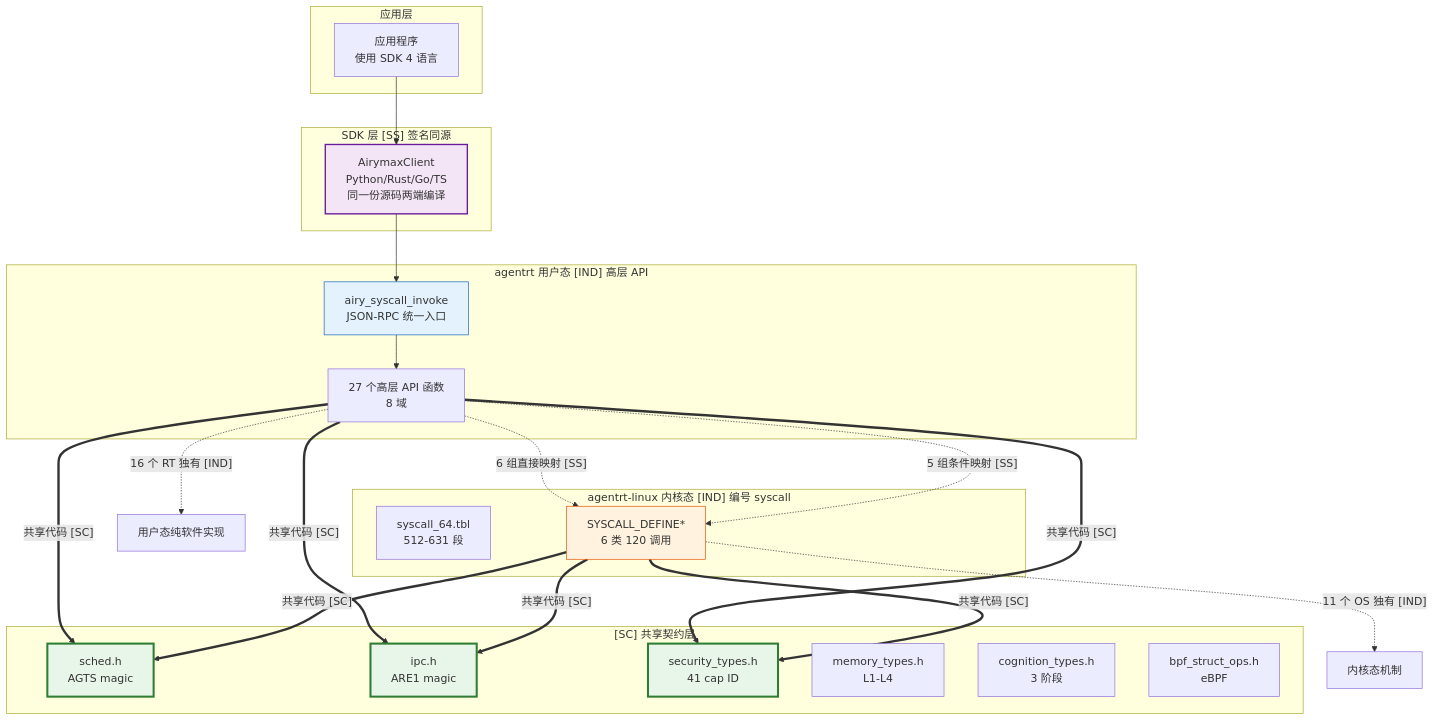
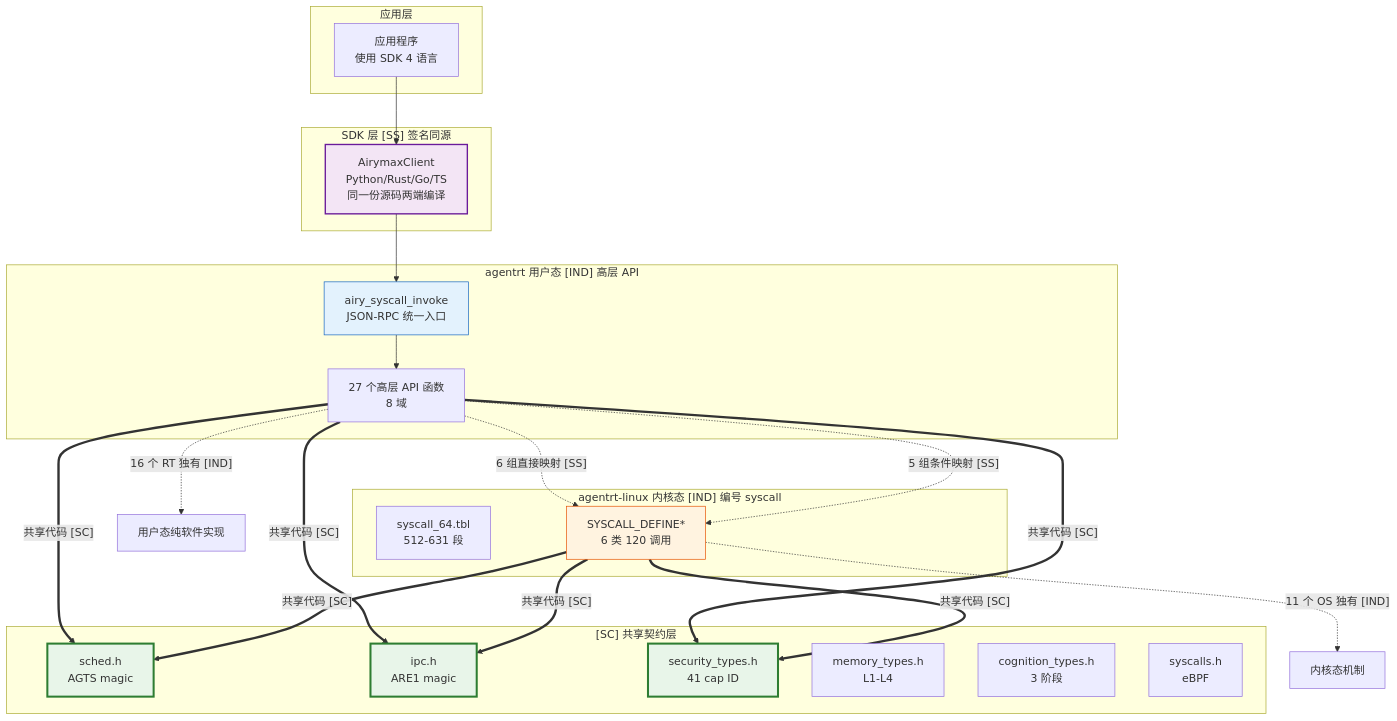
The second of 2 diagrams in AirymaxOS/30-interfaces/05-syscall-semantic-mapping.md (SpharxTeam/Docs), drawn with Mermaid before and after one commit. The commit also changed other lines of this file and 151 other files, not shown here.

````diff
--- a/AirymaxOS/30-interfaces/05-syscall-semantic-mapping.md
+++ b/AirymaxOS/30-interfaces/05-syscall-semantic-mapping.md
@@ -374,50 +374,50 @@
 ```mermaid
 graph TB
     subgraph "应用层"
         APP[应用程序<br/>使用 SDK 4 语言]
     end
 
     subgraph "SDK 层 [SS] 签名同源"
         SDK[AirymaxClient<br/>Python/Rust/Go/TS<br/>同一份源码两端编译]
     end
 
     subgraph "agentrt 用户态 [IND] 高层 API"
         RT_INV[airy_syscall_invoke<br/>JSON-RPC 统一入口]
         RT_USR[27 个高层 API 函数<br/>8 域]
     end
 
     subgraph "agentrt-linux 内核态 [IND] 编号 syscall"
         OS_TBL[syscall_64.tbl<br/>512-631 段]
         OS_DEF[SYSCALL_DEFINE*<br/>6 类 120 调用]
     end
 
     subgraph "[SC] 共享契约层"
         SC1[sched.h<br/>AGTS magic]
         SC2[ipc.h<br/>ARE1 magic]
         SC3[security_types.h<br/>41 cap ID]
         SC4[memory_types.h<br/>L1-L4]
         SC5[cognition_types.h<br/>3 阶段]
-        SC6[bpf_struct_ops.h<br/>eBPF]
+        SC6[syscalls.h<br/>eBPF]
     end
 
     APP --> SDK
     SDK --> RT_INV
     RT_INV --> RT_USR
     RT_USR -.->|"6 组直接映射 [SS]"| OS_DEF
     RT_USR -.->|"5 组条件映射 [SS]"| OS_DEF
     RT_USR -.->|"16 个 RT 独有 [IND]"| RT_ONLY[用户态纯软件实现]
     OS_DEF -.->|"11 个 OS 独有 [IND]"| OS_ONLY[内核态机制]
     RT_USR ==>|"共享代码 [SC]"| SC1
     RT_USR ==>|"共享代码 [SC]"| SC2
     RT_USR ==>|"共享代码 [SC]"| SC3
     OS_DEF ==>|"共享代码 [SC]"| SC1
     OS_DEF ==>|"共享代码 [SC]"| SC2
     OS_DEF ==>|"共享代码 [SC]"| SC3
 
     style SC1 fill:#e8f5e9,stroke:#2e7d32,stroke-width:3px
     style SC2 fill:#e8f5e9,stroke:#2e7d32,stroke-width:3px
     style SC3 fill:#e8f5e9,stroke:#2e7d32,stroke-width:3px
     style SDK fill:#f3e5f5,stroke:#6a1b9a,stroke-width:2px
     style RT_INV fill:#e3f2fd,stroke:#1565c0
     style OS_DEF fill:#fff3e0,stroke:#e65100
 ```
````
